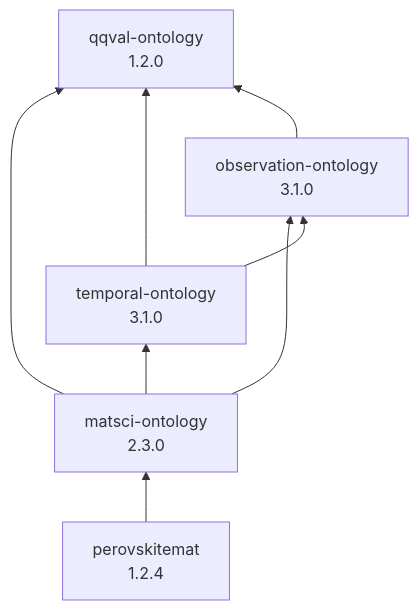
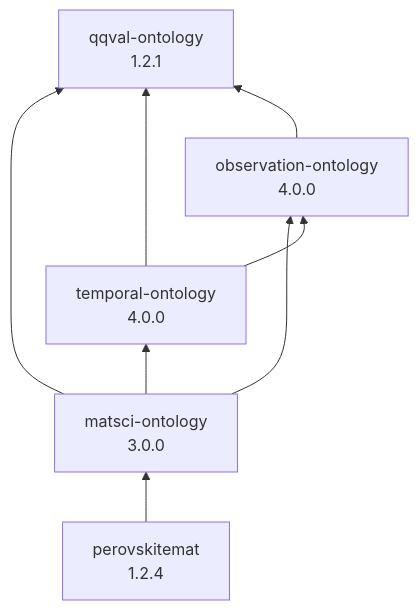
The diagram in README.md (NAS-Lund/matsci-perovskite-ontologies), drawn with Mermaid before and after one commit. The commit also changed other lines of this file and 8 other files, not shown here.

````diff
--- a/README.md
+++ b/README.md
@@ -14,16 +14,16 @@
 ```mermaid
 graph BT
     perov["perovskitemat<br/>1.2.4"]
-    matsci["matsci-ontology<br/>2.3.0"]
-    tempo["temporal-ontology<br/>3.1.0"]
-    obs["observation-ontology<br/>3.1.0"]
-    qqval["qqval-ontology<br/>1.2.0"]
+    matsci["matsci-ontology<br/>3.0.0"]
+    tempo["temporal-ontology<br/>4.0.0"]
+    obs["observation-ontology<br/>4.0.0"]
+    qqval["qqval-ontology<br/>1.2.1"]
 
     perov --> matsci
     matsci --> tempo
     matsci --> obs
     matsci --> qqval
     tempo --> obs
     tempo --> qqval
     obs --> qqval
 ```
````
